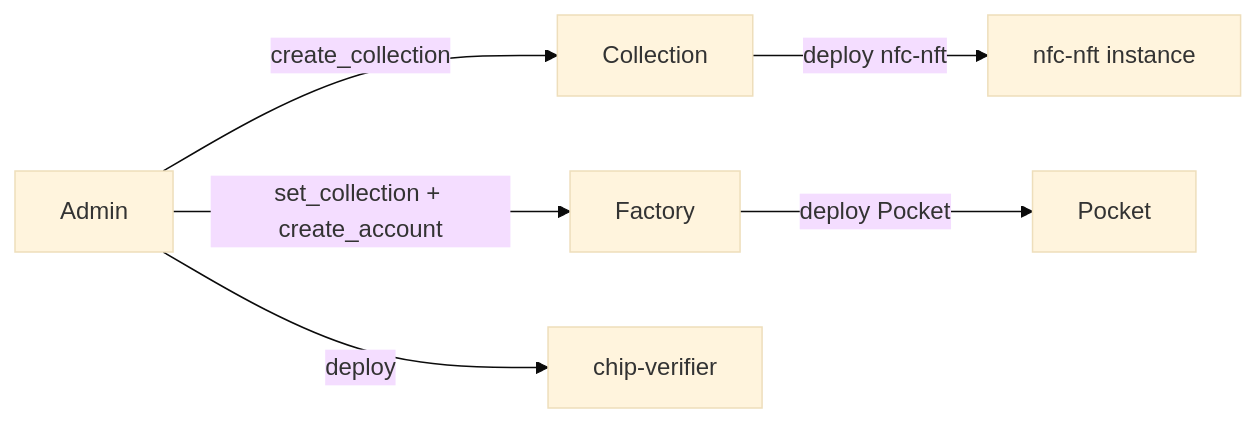
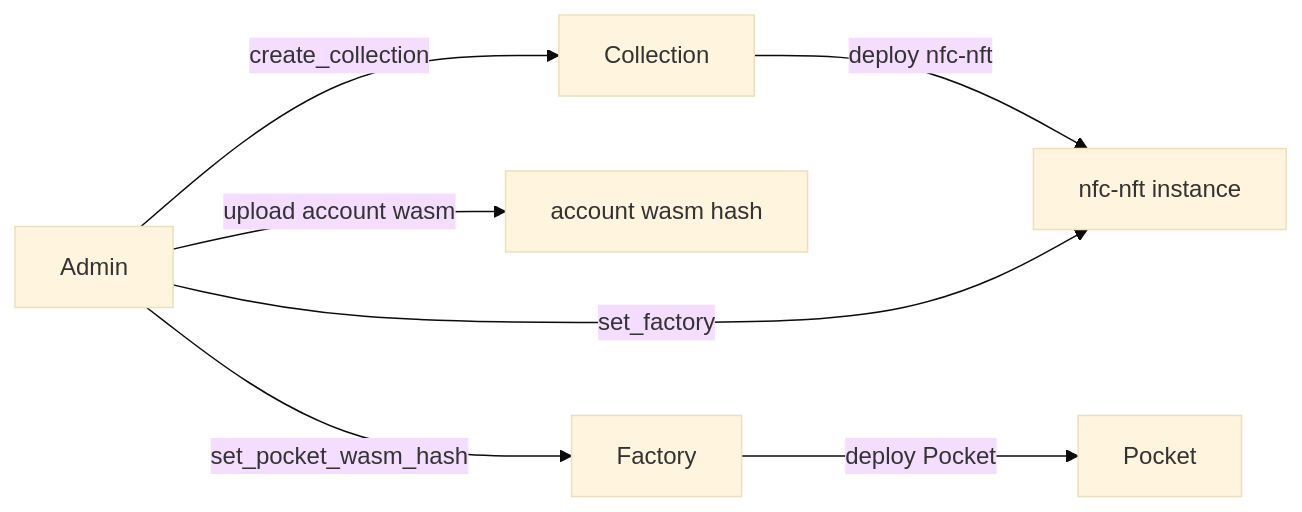
Before and after one commit to Consulting-Manao/chimpdao-contracts: the second of 3 diagrams in docs/ARCHITECTURE.md, drawn with Mermaid (base theme). The commit also changed other lines of this file and 46 other files, not shown here.

Commit message:
Account and pocket refactoring

````diff
--- a/docs/ARCHITECTURE.md
+++ b/docs/ARCHITECTURE.md
@@ -83,8 +91,9 @@
 ```mermaid
 flowchart LR
   Admin -->|create_collection| Collection
   Collection -->|deploy nfc-nft| Nft[nfc-nft instance]
-  Admin -->|set_collection + create_account| Factory
+  Admin -->|upload account wasm| AccountWasm[account wasm hash]
+  Admin -->|set_pocket_wasm_hash| Factory
+  Admin -->|set_factory| Nft
   Factory -->|deploy Pocket| Pocket
-  Admin -->|deploy| Verifier[chip-verifier]
 ```
````
